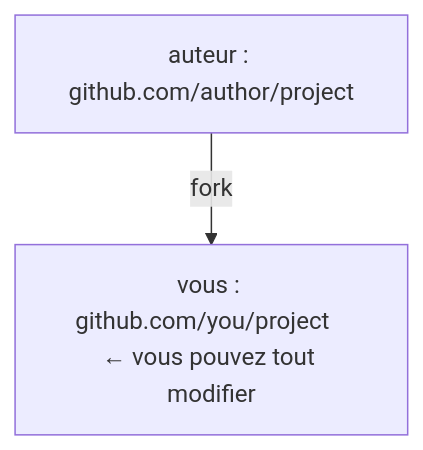
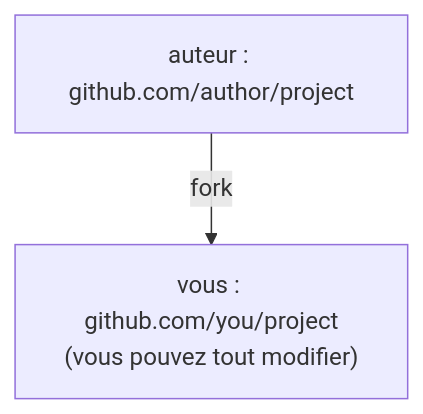
The diagram in docs/fr/stage/5/5-1-fork-upstream.md (xiangzhang-coding/git-learning-path), drawn with Mermaid before and after one commit. The commit also changed 1 other file, not shown here.

Commit message:
fix: remove ASCII arrow leftovers in ja/fr fork mermaid labels
Code-review follow-up: ja 5-1 and fr 5-1 node labels still
carried the '←' glyph from the original ASCII diagrams; replaced
with parenthesized text (（自由に変更できる）, (vous pouvez tout
modifier)). mermaid renders the ja page cleanly.

Evaluated and intentionally kept: withMermaid(defineConfig())
is the plugin's documented usage (defineConfig provides type
inference); the hand-written slugifier in tests stays since
e2e/anchors.spec.ts now verifies anchor resolution against the
built DOM.

````diff
--- a/docs/fr/stage/5/5-1-fork-upstream.md
+++ b/docs/fr/stage/5/5-1-fork-upstream.md
@@ -45,4 +45,4 @@
 ```mermaid
 flowchart TD
-    A["auteur : github.com/author/project"] -->|fork| B["vous : github.com/you/project   ← vous pouvez tout modifier"]
+    A["auteur : github.com/author/project"] -->|fork| B["vous : github.com/you/project<br/>(vous pouvez tout modifier)"]
 ```
````
